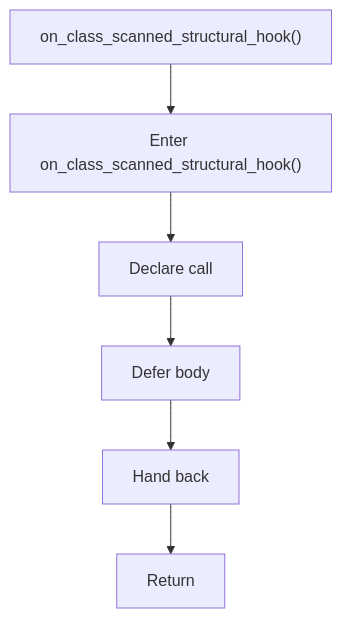
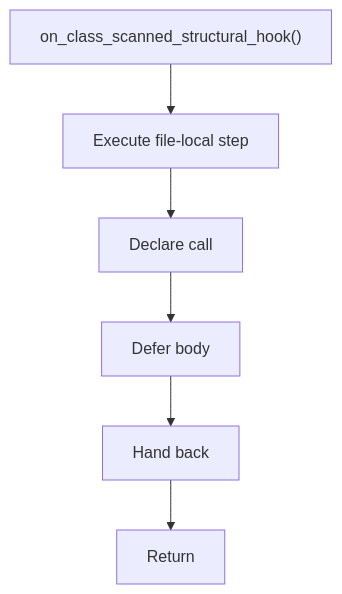
The sixth of 9 diagrams in docs/Codebase/Microservice/Modules/Header/SyntacticBrokenAST/Analysis/Lexical/lexical_structure_hooks.hpp.md (JohnAndrewBalbarosa/NeoTerritory), drawn with Mermaid before and after one commit. The commit also changed other lines of this file and 925 other files, not shown here.

````diff
--- a/docs/Codebase/Microservice/Modules/Header/SyntacticBrokenAST/Analysis/Lexical/lexical_structure_hooks.hpp.md
+++ b/docs/Codebase/Microservice/Modules/Header/SyntacticBrokenAST/Analysis/Lexical/lexical_structure_hooks.hpp.md
@@ -181,14 +180,14 @@
 ```mermaid
 flowchart TD
     Start["on_class_scanned_structural_hook()"]
-    N0["Enter on_class_scanned_structural_hook()"]
+    N0["Execute file-local step"]
     N1["Declare call"]
     N2["Defer body"]
     N3["Hand back"]
     End["Return"]
     Start --> N0
     N0 --> N1
     N1 --> N2
     N2 --> N3
     N3 --> End
 ```
````
